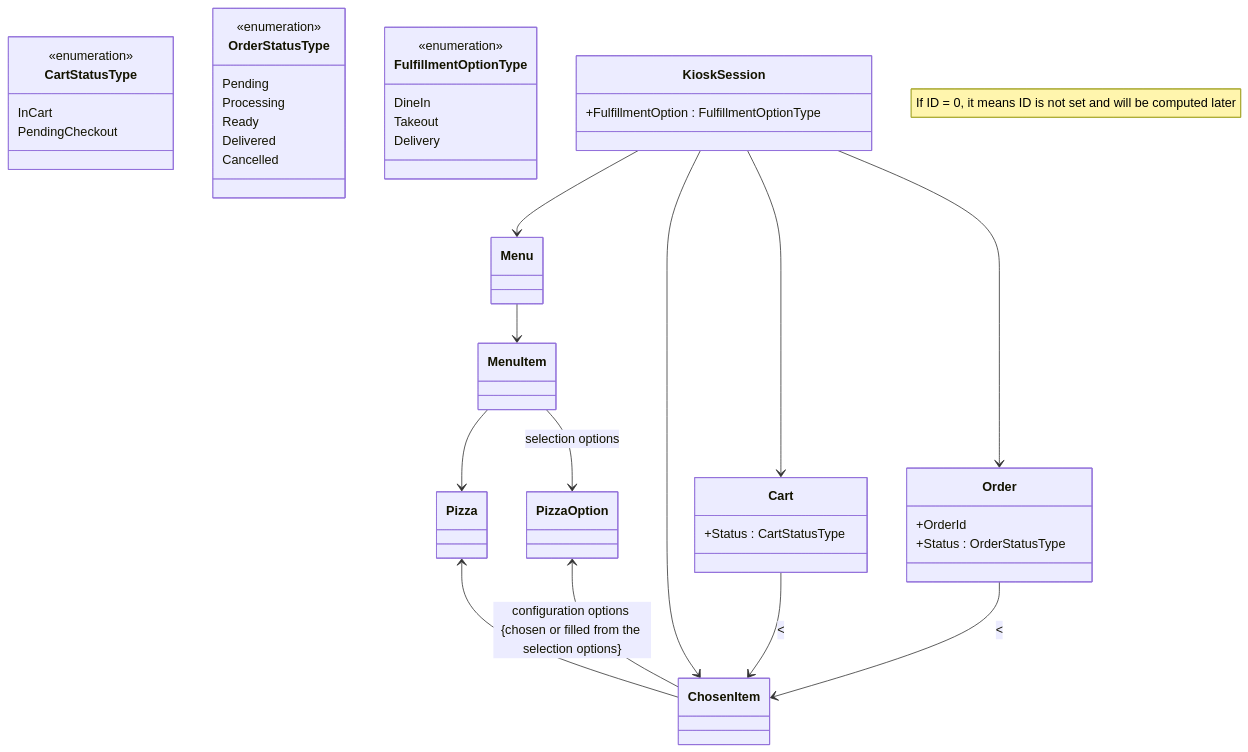
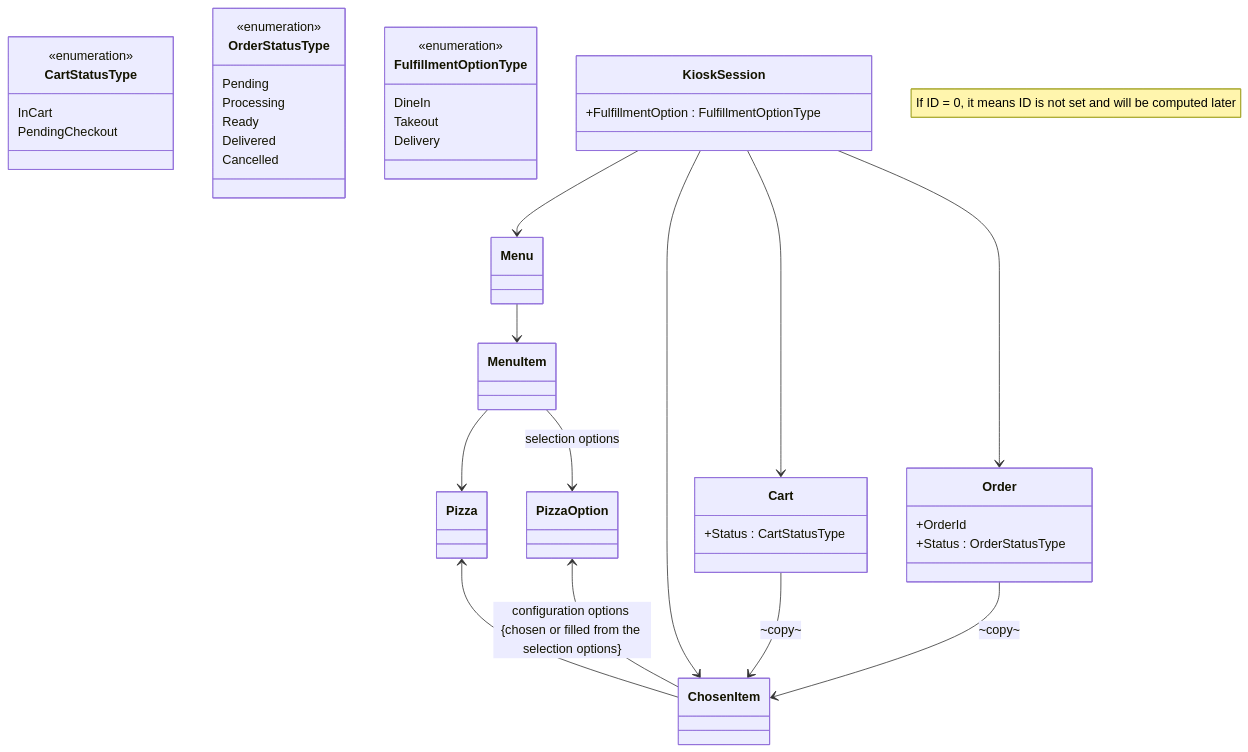
Before and after one commit to ekral/Utb.PizzaKiosk: the diagram in README.md, drawn with Mermaid.

````diff
--- a/README.md
+++ b/README.md
@@ -160,57 +160,57 @@
 ```mermaid
  classDiagram
    note "If ID = 0, it means ID is not set and will be computed later"
    %% direction LR
    class PizzaOption
    class Pizza
    class MenuItem
    class Menu
    class ChosenItem
 
    class CartStatusType{
       <<enumeration>>
       InCart
       PendingCheckout
    }
 
    class Cart{
       +Status : CartStatusType
    }
 
    class OrderStatusType{
       <<enumeration>>
       Pending
       Processing
       Ready
       Delivered
       Cancelled
    }
 
    class Order{
       +OrderId
       +Status : OrderStatusType
    }
 
    class FulfillmentOptionType{
       <<enumeration>>
       DineIn
       Takeout
       Delivery
    }
 
    class KioskSession{
       +FulfillmentOption : FulfillmentOptionType
    }
 
    MenuItem --> Pizza
    Pizza <-- ChosenItem
    MenuItem --> PizzaOption : selection options
    PizzaOption <-- ChosenItem : configuration options {chosen or filled from the selection options}
    Menu --> MenuItem
    KioskSession --> Menu
    KioskSession  --> ChosenItem
    KioskSession  --> Cart
    KioskSession  --> Order
-   Cart --> ChosenItem : <<copy>
-   Order --> ChosenItem : <<copy>
+   Cart --> ChosenItem : ~copy~
+   Order --> ChosenItem : ~copy~
 ```
````
